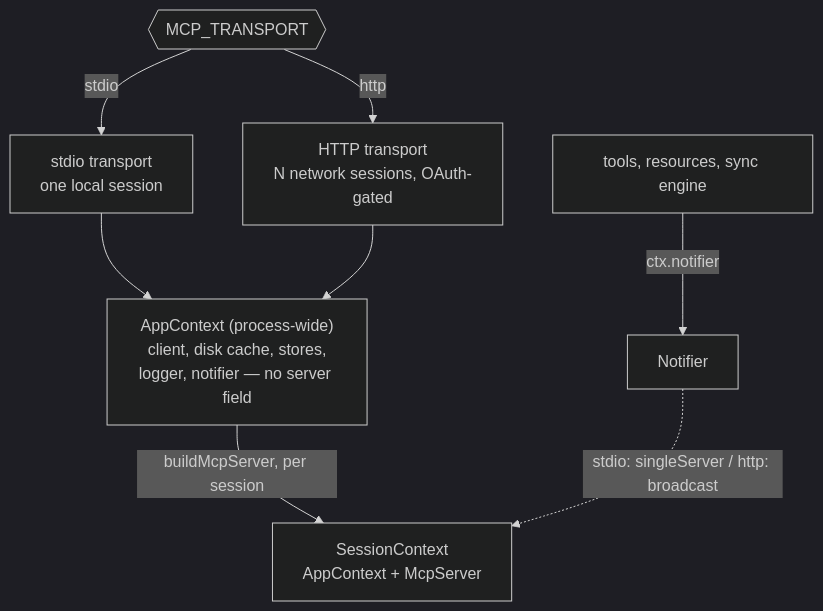
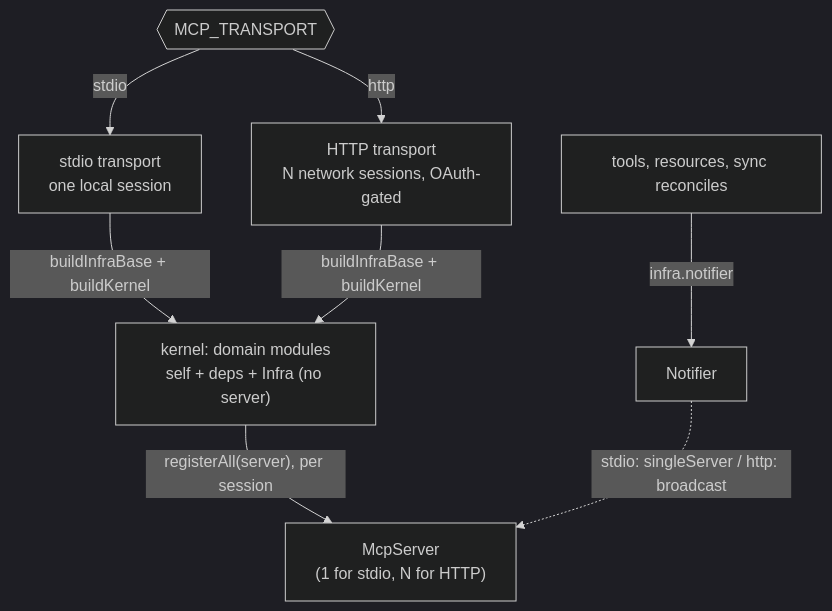
Before and after one commit to bojanrajkovic/mcp-paprika: the first of 2 diagrams in docs/architecture.md, drawn with Mermaid (dark theme). The commit also changed other lines of this file and 433 other files, not shown here.

````diff
--- a/docs/architecture.md
+++ b/docs/architecture.md
@@ -19,11 +20,11 @@
 ```mermaid
 flowchart TB
   T{{"MCP_TRANSPORT"}} -->|stdio| ST["stdio transport<br/>one local session"]
   T -->|http| HT["HTTP transport<br/>N network sessions, OAuth-gated"]
-  ST --> APP
-  HT --> APP
-  APP["AppContext (process-wide)<br/>client, disk cache, stores,<br/>logger, notifier — no server field"]
-  APP -->|"buildMcpServer, per session"| SES["SessionContext<br/>AppContext + McpServer"]
-  MUT["tools, resources, sync engine"] -->|"ctx.notifier"| N["Notifier"]
-  N -.->|"stdio: singleServer / http: broadcast"| SES
+  ST -->|"buildInfraBase + buildKernel"| K
+  HT -->|"buildInfraBase + buildKernel"| K
+  K["kernel: domain modules<br/>self + deps + Infra (no server)"]
+  K -->|"registerAll(server), per session"| SRV["McpServer<br/>(1 for stdio, N for HTTP)"]
+  MUT["tools, resources, sync reconciles"] -->|"infra.notifier"| N["Notifier"]
+  N -.->|"stdio: singleServer / http: broadcast"| SRV
 ```
````
